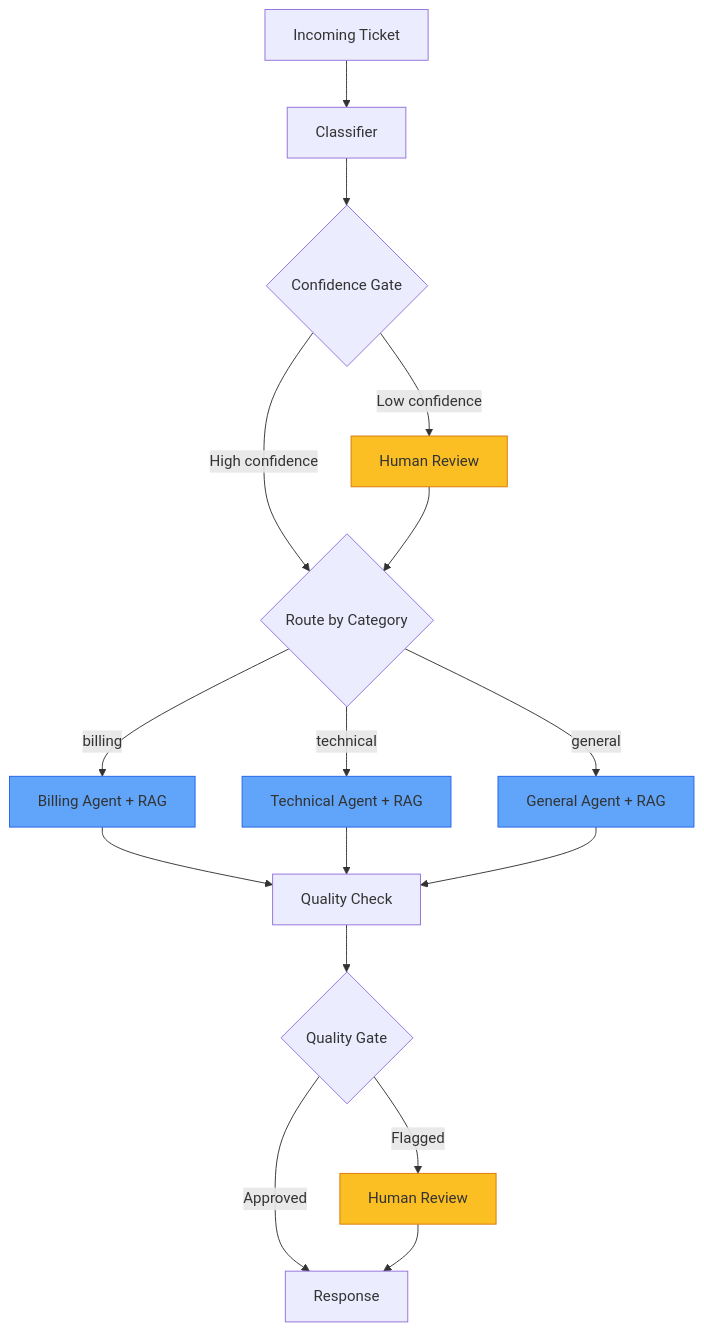
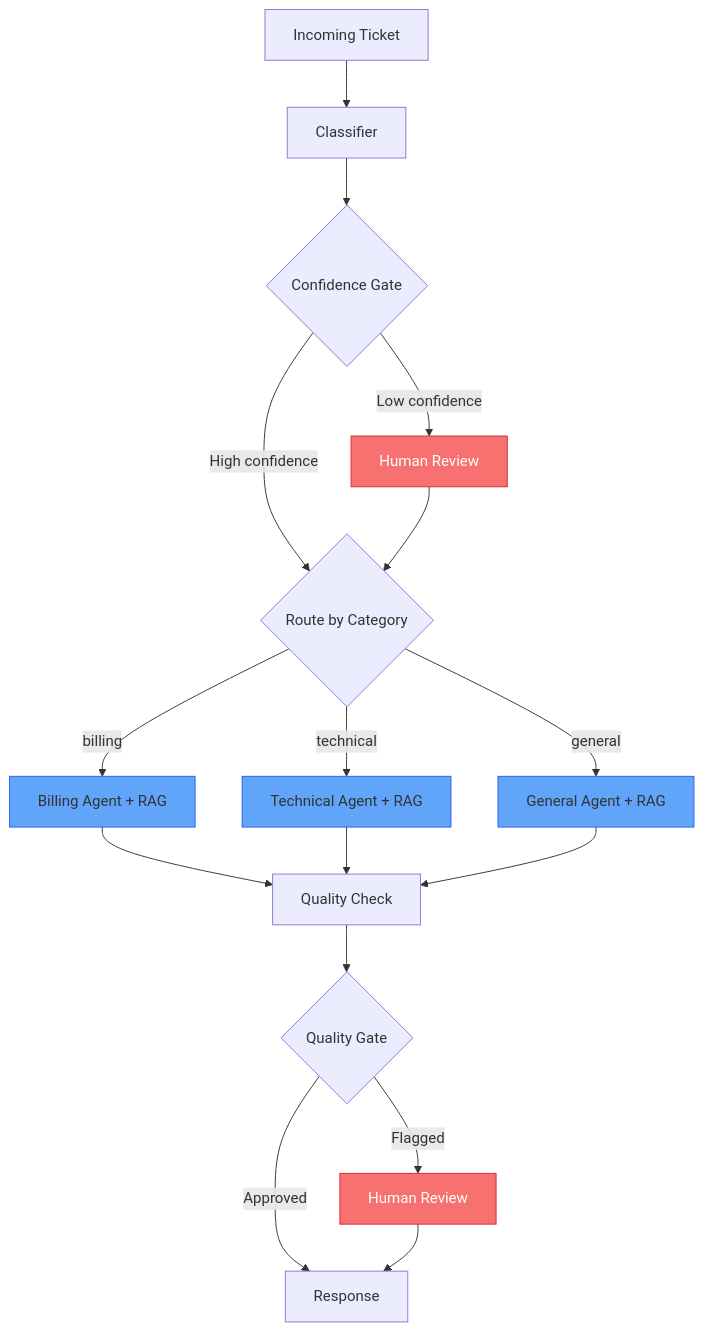
One commit to YDawoud7/Customer-Support-Ticket-Processor changed the diagram in README.md. Above: the diagram before and after it, drawn with Mermaid.

Commit message:
Change node color in architecture diagram for better contrast

````diff
--- a/README.md
+++ b/README.md
@@ -11,24 +11,24 @@
 ```mermaid
 flowchart TD
     A[Incoming Ticket] --> B[Classifier]
     B --> C{Confidence Gate}
     C -->|High confidence| D{Route by Category}
     C -->|Low confidence| H1[Human Review]
     H1 --> D
     D -->|billing| E1[Billing Agent + RAG]
     D -->|technical| E2[Technical Agent + RAG]
     D -->|general| E3[General Agent + RAG]
     E1 --> F[Quality Check]
     E2 --> F
     E3 --> F
     F --> G{Quality Gate}
     G -->|Approved| I[Response]
     G -->|Flagged| H2[Human Review]
     H2 --> I
 
-    style H1 fill:#fbbf24,stroke:#d97706
-    style H2 fill:#fbbf24,stroke:#d97706
+    style H1 fill:#f87171,stroke:#dc2626,color:#fff
+    style H2 fill:#f87171,stroke:#dc2626,color:#fff
     style E1 fill:#60a5fa,stroke:#2563eb
     style E2 fill:#60a5fa,stroke:#2563eb
     style E3 fill:#60a5fa,stroke:#2563eb
 ```
````
